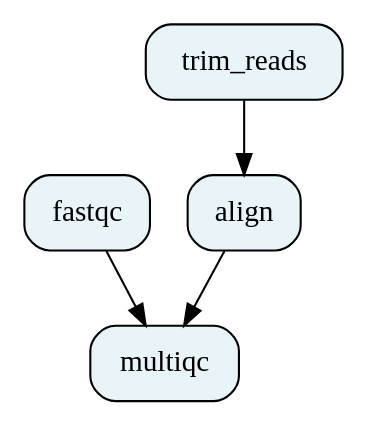
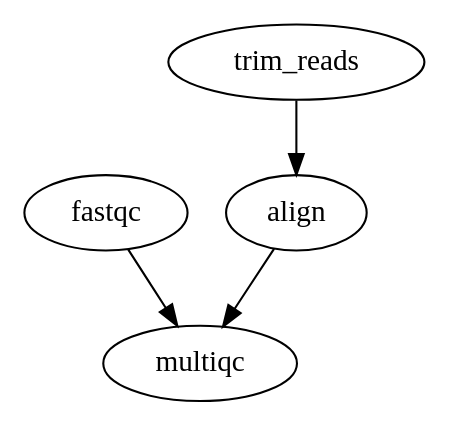
One commit to Traitome/oxo-flow changed the second of 2 diagrams in docs/guide/src/reference/dag-engine.md. Above: the diagram before and after it, drawn with Graphviz. The commit also changed other lines of this file and 66 other files, not shown here.

````diff
--- a/docs/guide/src/reference/dag-engine.md
+++ b/docs/guide/src/reference/dag-engine.md
@@ -204,9 +204,11 @@
 ```dot
-digraph workflow {
-    rankdir = TB;
-    node [shape=box, style="rounded,filled", fillcolor="#e8f4f8"];
-    "fastqc" -> "multiqc";
-    "trim_reads" -> "align";
-    "align" -> "multiqc";
+digraph {
+    0 [ label = "fastqc"]
+    1 [ label = "trim_reads"]
+    2 [ label = "align"]
+    3 [ label = "multiqc"]
+    1 -> 2 [ ]
+    0 -> 3 [ ]
+    2 -> 3 [ ]
 }
 ```
````
